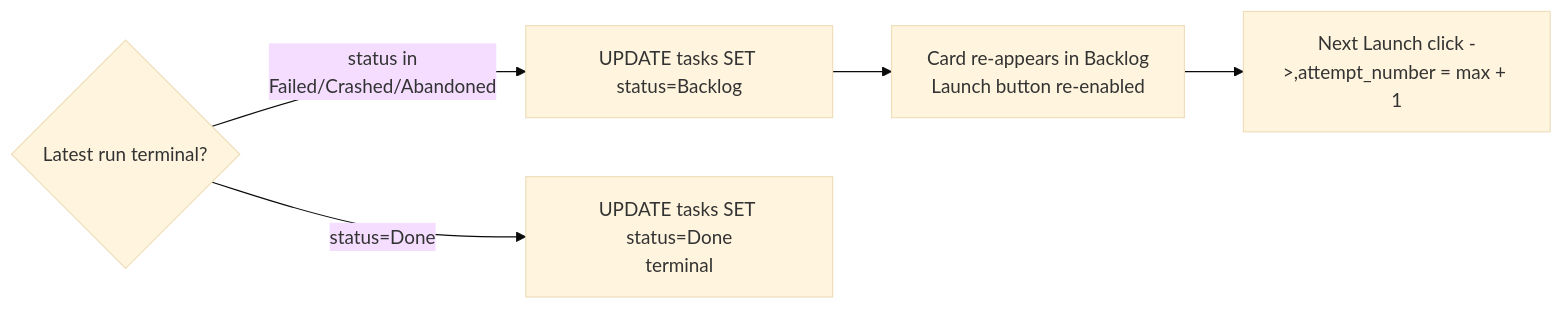
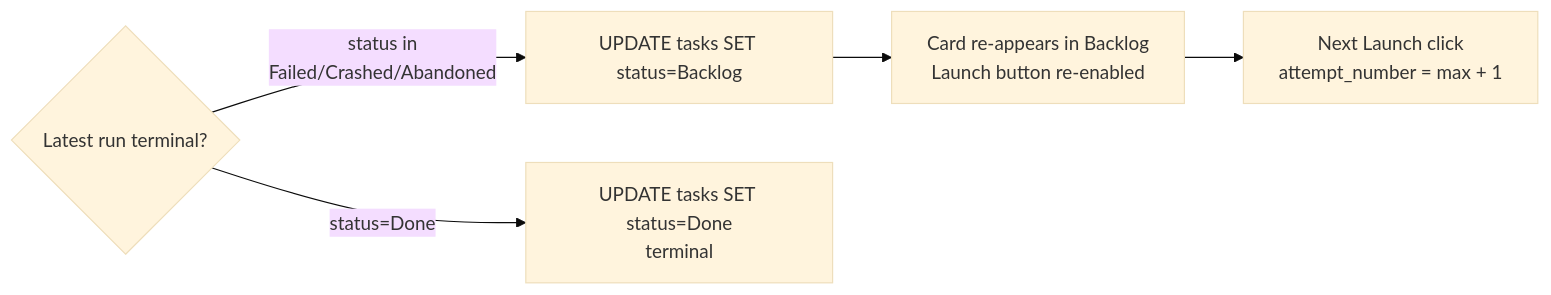
Before and after one commit to maister-dev/maister: the fourth of 4 diagrams in docs/system-analytics/tasks.md, drawn with Mermaid (base theme). The commit also changed other lines of this file and 31 other files, not shown here.

````diff
--- a/docs/system-analytics/tasks.md
+++ b/docs/system-analytics/tasks.md
@@ -106,7 +115,7 @@
 ```mermaid
 flowchart LR
     Latest{Latest run terminal?} -->|status in <br/>Failed/Crashed/Abandoned| Return[UPDATE tasks SET status=Backlog]
     Latest -->|status=Done| Done[UPDATE tasks SET status=Done<br/>terminal]
     Return --> UI[Card re-appears in Backlog<br/>Launch button re-enabled]
-    UI --> NextLaunch[Next Launch click ->,attempt_number = max + 1]
+    UI --> NextLaunch[Next Launch click<br/>attempt_number = max + 1]
 ```
````
